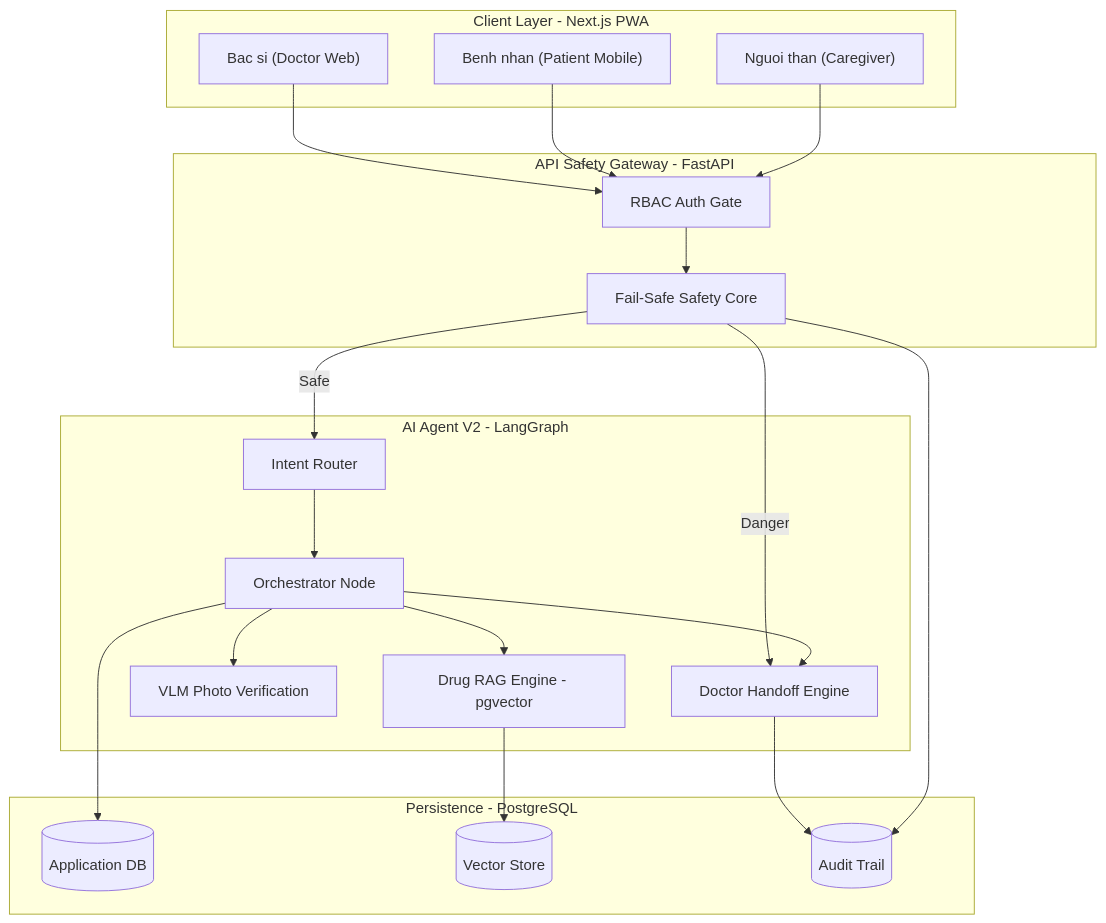
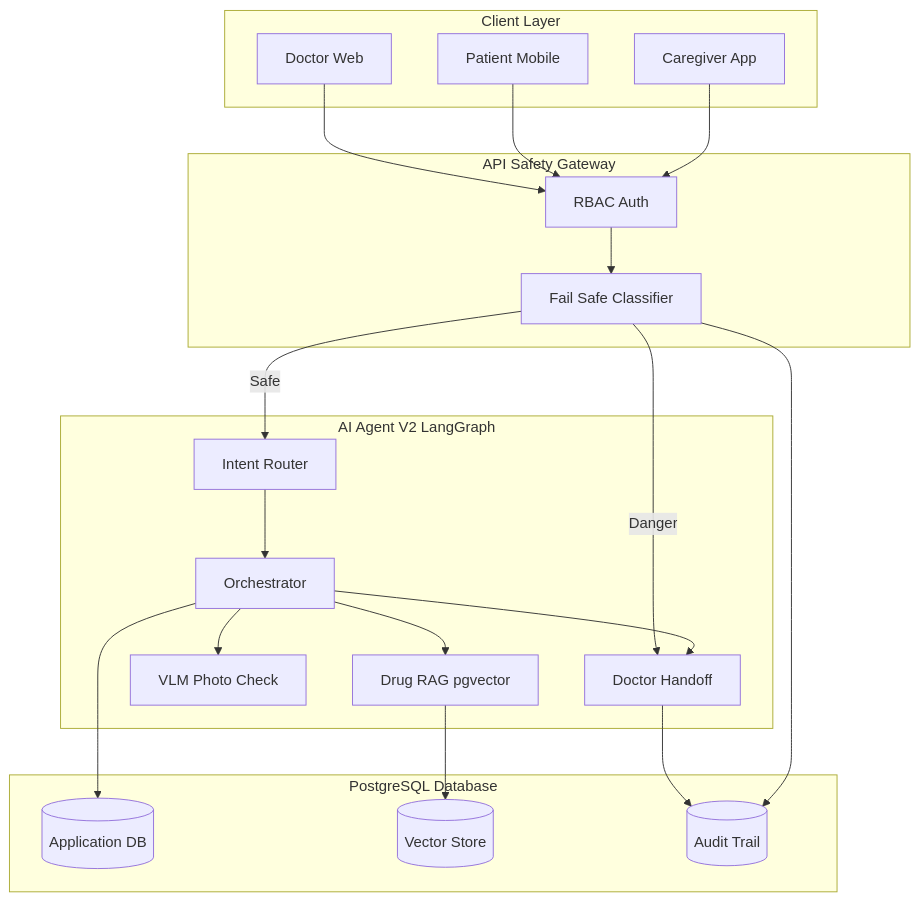
The diagram in README.md (haiyen2602/Carelens), drawn with Mermaid before and after one commit.

Commit message:
docs: simplify mermaid diagram to bare minimum syntax

````diff
--- a/README.md
+++ b/README.md
@@ -37,42 +37,42 @@
 ```mermaid
 flowchart TD
-    subgraph Client["Client Layer - Next.js PWA"]
-        UI_Doc["Bac si (Doctor Web)"]
-        UI_Pat["Benh nhan (Patient Mobile)"]
-        UI_Care["Nguoi than (Caregiver)"]
+    subgraph A[Client Layer]
+        A1[Doctor Web]
+        A2[Patient Mobile]
+        A3[Caregiver App]
     end
 
-    subgraph Gateway["API Safety Gateway - FastAPI"]
-        AUTH["RBAC Auth Gate"]
-        SAFETY["Fail-Safe Safety Core"]
+    subgraph B[API Safety Gateway]
+        B1[RBAC Auth]
+        B2[Fail Safe Classifier]
     end
 
-    subgraph AgentRuntime["AI Agent V2 - LangGraph"]
-        ROUTER["Intent Router"]
-        ORCH["Orchestrator Node"]
-        RAG_MOD["Drug RAG Engine - pgvector"]
-        VISION["VLM Photo Verification"]
-        HANDOFF["Doctor Handoff Engine"]
+    subgraph C[AI Agent V2 LangGraph]
+        C1[Intent Router]
+        C2[Orchestrator]
+        C3[Drug RAG pgvector]
+        C4[VLM Photo Check]
+        C5[Doctor Handoff]
     end
 
-    subgraph Database["Persistence - PostgreSQL"]
-        DB_APP[("Application DB")]
-        DB_VEC[("Vector Store")]
-        AUDIT[("Audit Trail")]
+    subgraph D[PostgreSQL Database]
+        D1[(Application DB)]
+        D2[(Vector Store)]
+        D3[(Audit Trail)]
     end
 
-    UI_Doc --> AUTH
-    UI_Pat --> AUTH
-    UI_Care --> AUTH
-    AUTH --> SAFETY
-    SAFETY -->|Safe| ROUTER
-    SAFETY -->|Danger| HANDOFF
-    ROUTER --> ORCH
-    ORCH --> RAG_MOD
-    ORCH --> VISION
-    ORCH --> HANDOFF
-    ORCH --> DB_APP
-    RAG_MOD --> DB_VEC
-    HANDOFF --> AUDIT
-    SAFETY --> AUDIT
+    A1 --> B1
+    A2 --> B1
+    A3 --> B1
+    B1 --> B2
+    B2 -->|Safe| C1
+    B2 -->|Danger| C5
+    C1 --> C2
+    C2 --> C3
+    C2 --> C4
+    C2 --> C5
+    C2 --> D1
+    C3 --> D2
+    C5 --> D3
+    B2 --> D3
 ```
````
